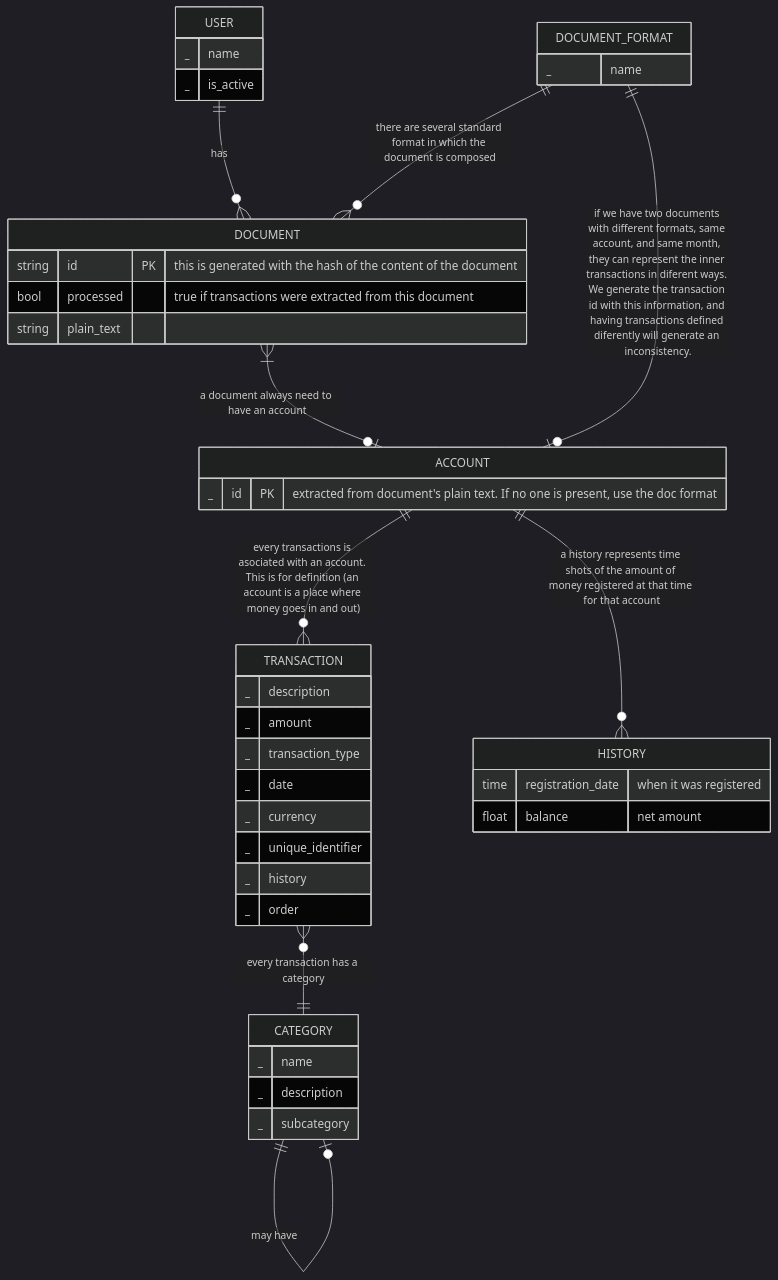
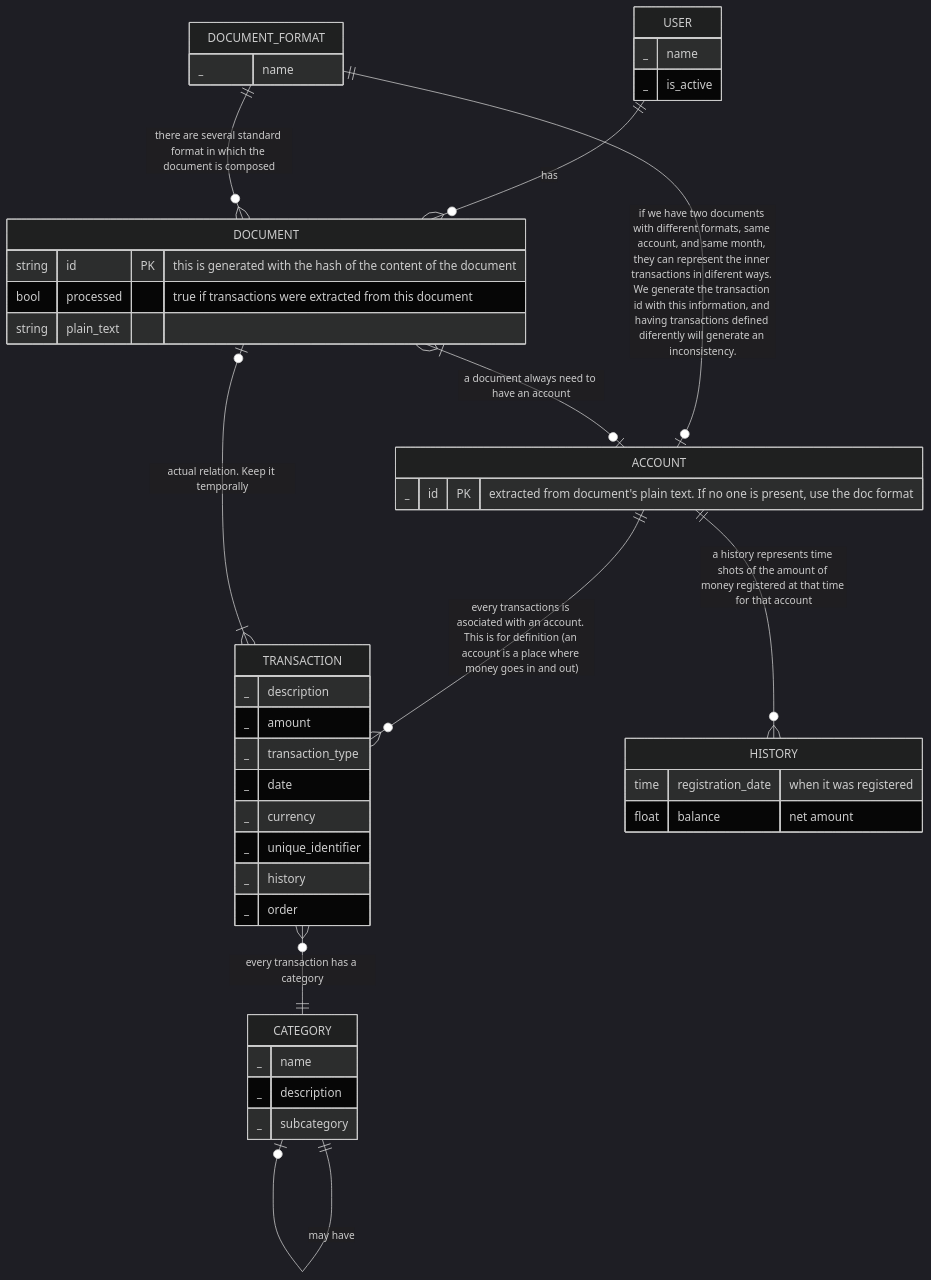
The diagram in new-service/app/README.md (josueelias9/improving-BCP-organizate), drawn with Mermaid (dark theme) before and after one commit. The commit also changed 10 other files, not shown here.

````diff
--- a/new-service/app/README.md
+++ b/new-service/app/README.md
@@ -22,57 +22,59 @@
 ```mermaid
 erDiagram
 
 
     USER {
         _ name
         _ is_active
     }
 
     TRANSACTION {
         _ description
         _ amount
         _ transaction_type
         _ date
         _ currency
         _ unique_identifier 
         _ history
         _ order
     }
 
     HISTORY {
         time registration_date "when it was registered"
         float balance "net amount"
     }
 
     CATEGORY {
         _ name
         _ description
         _ subcategory
     }
 
     DOCUMENT_FORMAT {
         _ name
     }
 
 
     ACCOUNT {        
         _ id PK "extracted from document's plain text. If no one is present, use the doc format"
     }
 
     DOCUMENT {
         string id PK "this is generated with the hash of the content of the document"
         bool processed "true if transactions were extracted from this document"
         string plain_text
     }
 
     %% Relaciones
     USER ||--o{ DOCUMENT : "has"
     ACCOUNT ||--o{ TRANSACTION : "every transactions is asociated with an account. This is for definition (an account is a place where money goes in and out)"
     TRANSACTION }o--|| CATEGORY : "every transaction has a category"
     CATEGORY ||--o| CATEGORY : "may have"
     DOCUMENT_FORMAT ||--o{ DOCUMENT : "there are several standard format in which the document is composed"
     DOCUMENT_FORMAT ||--o| ACCOUNT : "if we have two documents with different formats, same account, and same month, they can represent the inner transactions in diferent ways. We generate the transaction id with this information, and having transactions defined diferently will generate an inconsistency."
     DOCUMENT }|--o| ACCOUNT : "a document always need to have an account"
     ACCOUNT ||--o{ HISTORY : "a history represents time shots of the amount of money registered at that time for that account"
+    TRANSACTION }|--o| DOCUMENT : "actual relation. Keep it temporally"
+
     
 ```
````
